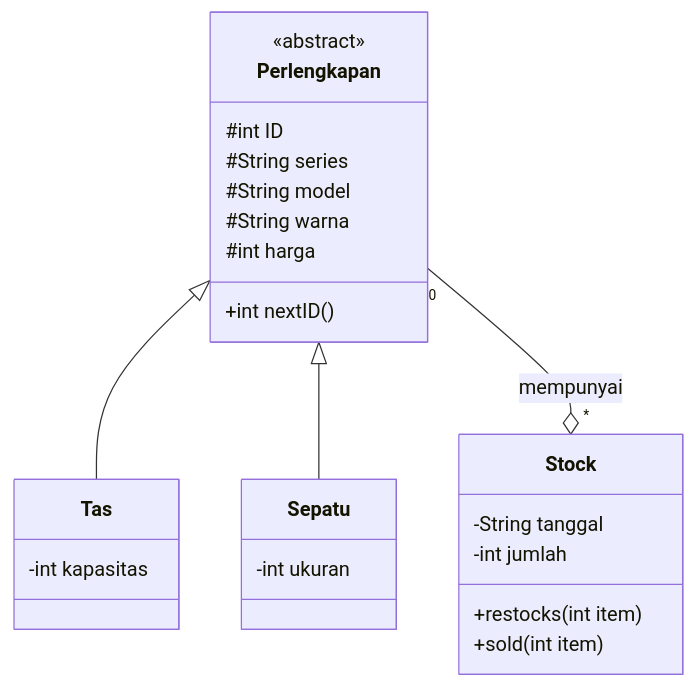
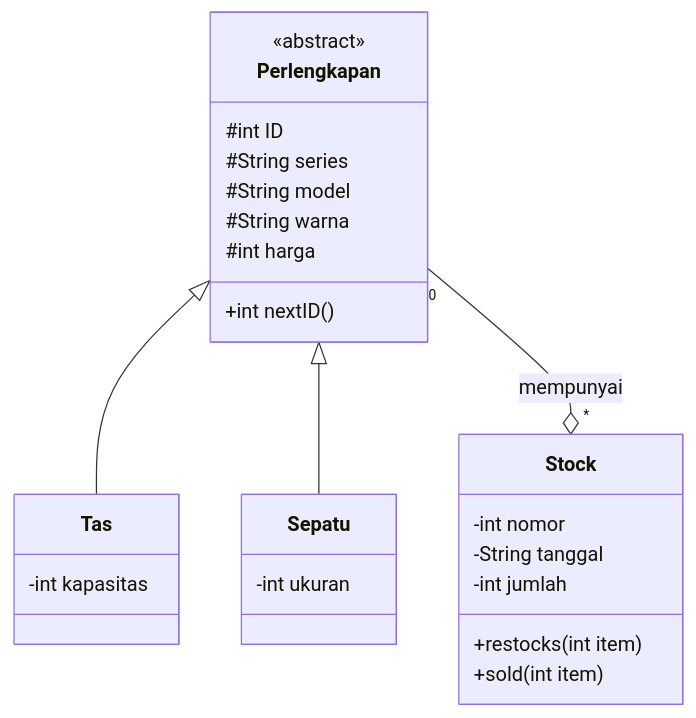
The first of 3 diagrams in README.md (achieto/Tugas-PBO), drawn with Mermaid before and after one commit. The commit also changed other lines of this file, not shown here.

````diff
--- a/README.md
+++ b/README.md
@@ -3,29 +3,30 @@
 ```mermaid
 classDiagram
       Perlengkapan <|-- Tas
       Perlengkapan <|-- Sepatu
       Perlengkapan "0"--o"*" Stock : mempunyai
 
       class Perlengkapan{
         <<abstract>>
         #int ID
         #String series
         #String model
         #String warna
         #int harga
         +int nextID()
       }
       
       class Tas{
           -int kapasitas
       }
       class Sepatu{
           -int ukuran
       }
       class Stock{
+          -int nomor
           -String tanggal
           -int jumlah
           +restocks(int item)
           +sold(int item)
       }
 ```		
````
